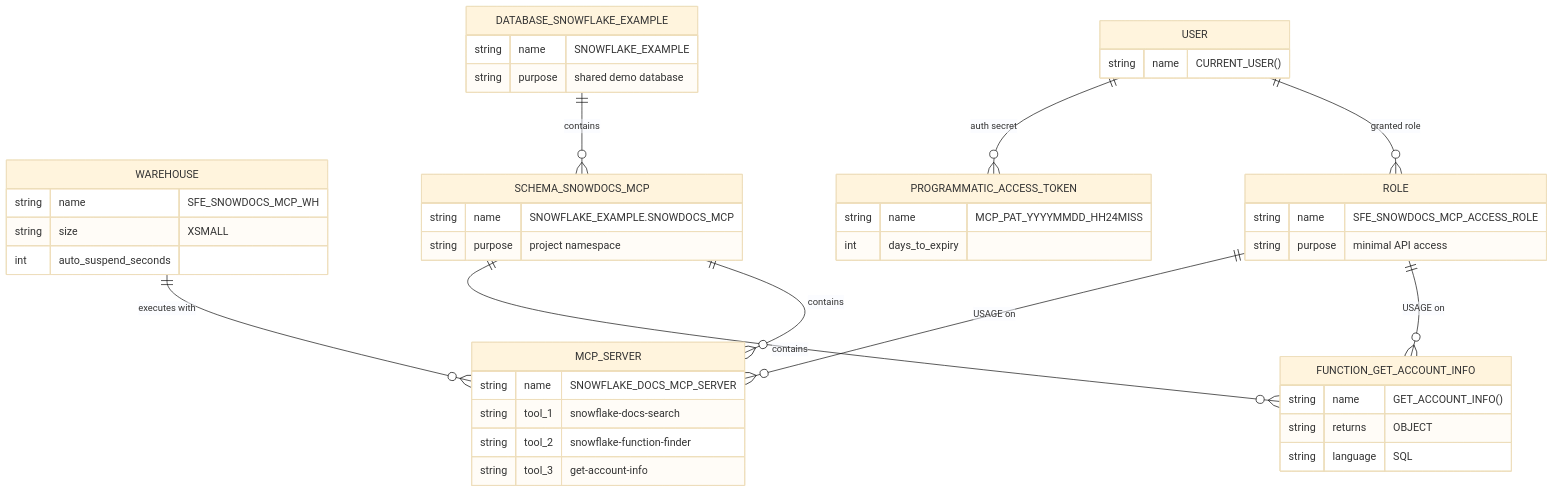
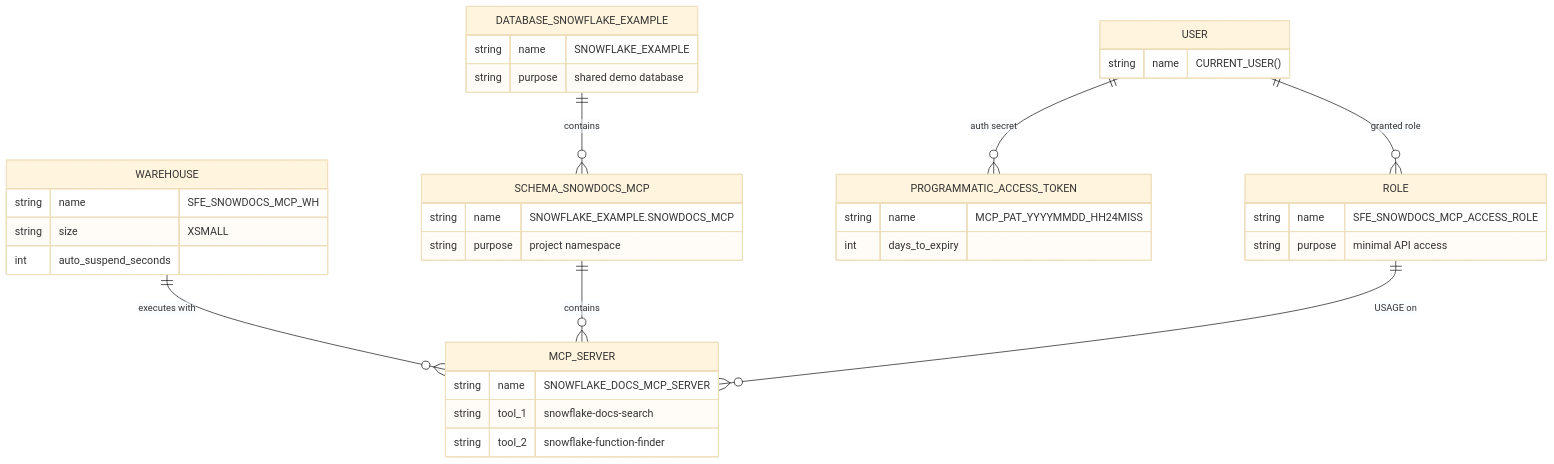
One commit to sfc-gh-miwhitaker/mcp-snowdocs changed the diagram in diagrams/data-model.md. Above: the diagram before and after it, drawn with Mermaid (base theme). The commit also changed other lines of this file and 6 other files, not shown here.

Commit message:
Remove "get-account-info" function references from SQL scripts and diagrams to enhance clarity and streamline the deployment process. Update README and diagrams to reflect the removal and adjust role dependencies accordingly.

````diff
--- a/diagrams/data-model.md
+++ b/diagrams/data-model.md
@@ -14,54 +14,45 @@
 ```mermaid
 erDiagram
   WAREHOUSE ||--o{ MCP_SERVER : "executes with"
   ROLE ||--o{ MCP_SERVER : "USAGE on"
-  ROLE ||--o{ FUNCTION_GET_ACCOUNT_INFO : "USAGE on"
   DATABASE_SNOWFLAKE_EXAMPLE ||--o{ SCHEMA_SNOWDOCS_MCP : contains
-  SCHEMA_SNOWDOCS_MCP ||--o{ FUNCTION_GET_ACCOUNT_INFO : contains
   SCHEMA_SNOWDOCS_MCP ||--o{ MCP_SERVER : contains
   USER ||--o{ PROGRAMMATIC_ACCESS_TOKEN : "auth secret"
   USER ||--o{ ROLE : "granted role"
 
   WAREHOUSE {
     string name "SFE_SNOWDOCS_MCP_WH"
     string size "XSMALL"
     int auto_suspend_seconds
   }
 
   DATABASE_SNOWFLAKE_EXAMPLE {
     string name "SNOWFLAKE_EXAMPLE"
     string purpose "shared demo database"
   }
 
   SCHEMA_SNOWDOCS_MCP {
     string name "SNOWFLAKE_EXAMPLE.SNOWDOCS_MCP"
     string purpose "project namespace"
   }
 
-  FUNCTION_GET_ACCOUNT_INFO {
-    string name "GET_ACCOUNT_INFO()"
-    string returns "OBJECT"
-    string language "SQL"
-  }
-
   MCP_SERVER {
     string name "SNOWFLAKE_DOCS_MCP_SERVER"
     string tool_1 "snowflake-docs-search"
     string tool_2 "snowflake-function-finder"
-    string tool_3 "get-account-info"
   }
 
   ROLE {
     string name "SFE_SNOWDOCS_MCP_ACCESS_ROLE"
     string purpose "minimal API access"
   }
 
   PROGRAMMATIC_ACCESS_TOKEN {
     string name "MCP_PAT_YYYYMMDD_HH24MISS"
     int days_to_expiry
   }
 
   USER {
     string name "CURRENT_USER()"
   }
 ```
````
